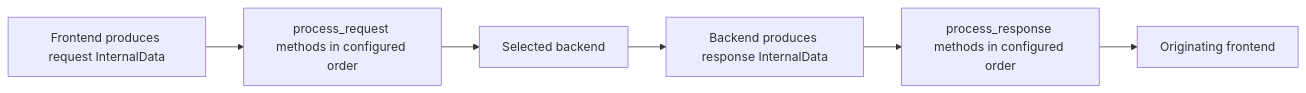
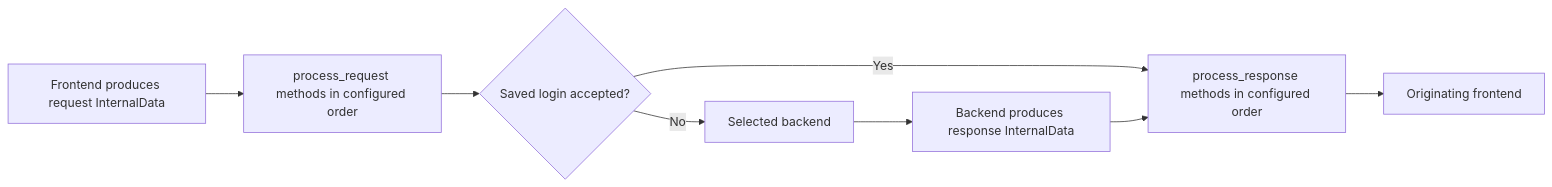
One commit to SUNET/tunnelbana changed the first of 2 diagrams in docs/src/python-microservices.md. Above: the diagram before and after it, drawn with Mermaid. The commit also changed other lines of this file, not shown here.

Commit message:
Document Python login-session hooks

````diff
--- a/docs/src/python-microservices.md
+++ b/docs/src/python-microservices.md
@@ -79,8 +79,10 @@
 ```mermaid
 flowchart LR
     A[Frontend produces request InternalData] --> B[process_request methods in configured order]
-    B --> C[Selected backend]
+    B --> G{Saved login accepted?}
+    G -->|No| C[Selected backend]
+    G -->|Yes| E
     C --> D[Backend produces response InternalData]
     D --> E[process_response methods in configured order]
     E --> F[Originating frontend]
 ```
````
